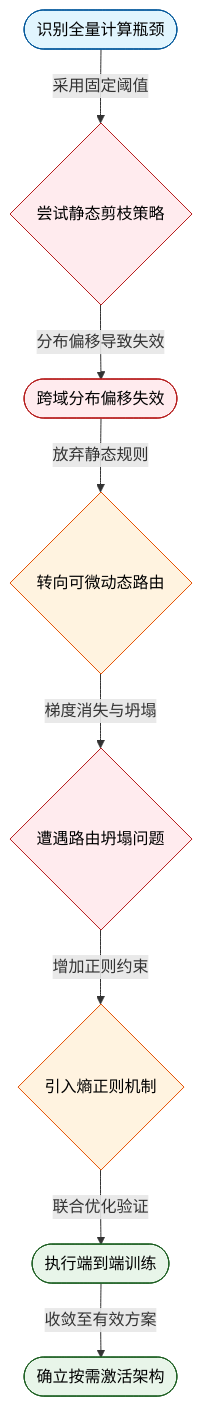
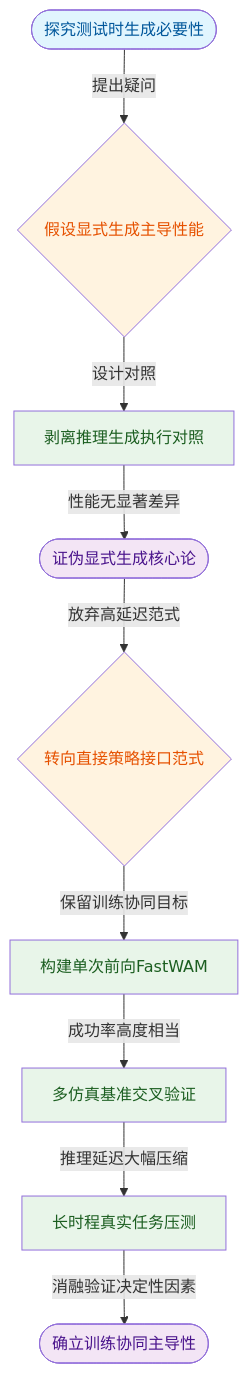
Before and after one commit to ShinewineW/paper-rolling: the seventh of 10 diagrams in person_vault/2026-06-08_FastWAM_2603.16666/report.md, drawn with Mermaid. The commit also changed other lines of this file and 51 other files, not shown here.

````diff
--- a/person_vault/2026-06-08_FastWAM_2603.16666/report.md
+++ b/person_vault/2026-06-08_FastWAM_2603.16666/report.md
@@ -324,15 +418,26 @@
 ```mermaid
 flowchart TB
-    classDef start fill:#e1f5fe,stroke:#01579b,color:#000;
-    classDef dead fill:#ffebee,stroke:#b71c1c,color:#000;
-    classDef pivot fill:#fff3e0,stroke:#e65100,color:#000;
-    classDef success fill:#e8f5e9,stroke:#1b5e20,color:#000;
+  classDef question fill:#e1f5fe,color:#01579b;
+  classDef hypothesis fill:#fff3e0,color:#e65100;
+  classDef experiment fill:#e8f5e9,color:#1b5e20;
+  classDef conclusion fill:#f3e5f5,color:#4a148c;
 
-    start_node(["识别全量计算瓶颈"]):::start -->|采用固定阈值| dead_node1{尝试静态剪枝策略}:::dead
-    dead_node1 -->|分布偏移导致失效| fail_node(["跨域分布偏移失效"]):::dead
-    fail_node -->|放弃静态规则| pivot_node1{转向可微动态路由}:::pivot
-    pivot_node1 -->|梯度消失与坍塌| dead_node2{遭遇路由坍塌问题}:::dead
-    dead_node2 -->|增加正则约束| pivot_node2{引入熵正则机制}:::pivot
-    pivot_node2 -->|联合优化验证| verify_node(["执行端到端训练"]):::success
-    verify_node -->|收敛至有效方案| result_node(["确立按需激活架构"]):::success
+  q1(["探究测试时生成必要性"]):::question
+  h1{假设显式生成主导性能}:::hypothesis
+  exp1["剥离推理生成执行对照"]:::experiment
+  de1(["证伪显式生成核心论"]):::conclusion
+  p1{转向直接策略接口范式}:::hypothesis
+  d1["构建单次前向FastWAM"]:::experiment
+  e1["多仿真基准交叉验证"]:::experiment
+  e2["长时程真实任务压测"]:::experiment
+  c1(["确立训练协同主导性"]):::conclusion
+
+  q1 -->|提出疑问| h1
+  h1 -->|设计对照| exp1
+  exp1 -->|性能无显著差异| de1
+  de1 -->|放弃高延迟范式| p1
+  p1 -->|保留训练协同目标| d1
+  d1 -->|成功率高度相当| e1
+  e1 -->|推理延迟大幅压缩| e2
+  e2 -->|消融验证决定性因素| c1
 ```
````
